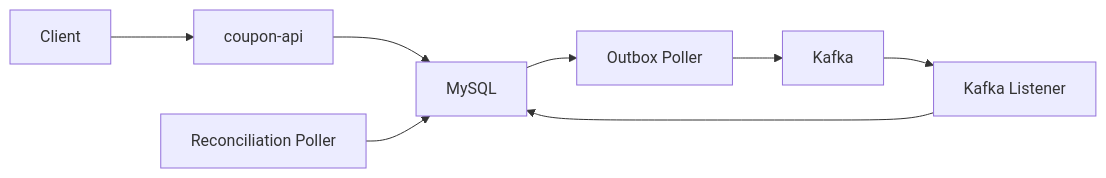
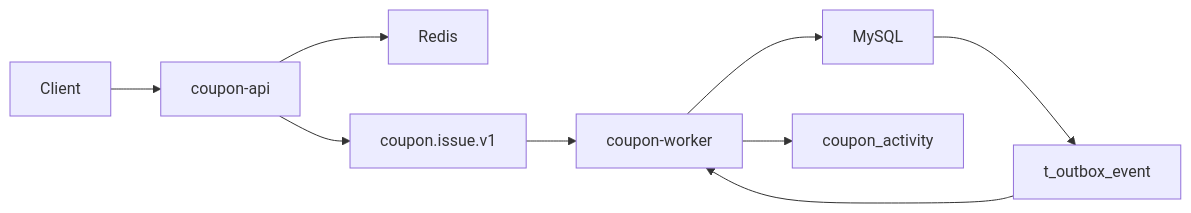
One commit to char-labs/coupon-system-design-kt changed the first of 4 diagrams in coupon/coupon-worker/docs/coupon-kafka-runtime-guide.md. Above: the diagram before and after it, drawn with Mermaid. The commit also changed other lines of this file and 12 other files, not shown here.

Commit message:
[Docs] Refresh Kafka and load-test guides for the current issue flow

````diff
--- a/coupon/coupon-worker/docs/coupon-kafka-runtime-guide.md
+++ b/coupon/coupon-worker/docs/coupon-kafka-runtime-guide.md
@@ -26,18 +18,20 @@
 ```mermaid
 flowchart LR
     Client["Client"]
     Api["coupon-api"]
-    Db["MySQL"]
-    Outbox["Outbox Poller"]
-    Kafka["Kafka"]
-    Consumer["Kafka Listener"]
-    Reconciliation["Reconciliation Poller"]
+    Redis["Redis"]
+    Kafka["coupon.issue.v1"]
+    Worker["coupon-worker"]
+    Mysql["MySQL"]
+    Outbox["t_outbox_event"]
+    Activity["coupon_activity"]
 
     Client --> Api
-    Api --> Db
-    Db --> Outbox
-    Outbox --> Kafka
-    Kafka --> Consumer
-    Consumer --> Db
-    Reconciliation --> Db
+    Api --> Redis
+    Api --> Kafka
+    Kafka --> Worker
+    Worker --> Mysql
+    Mysql --> Outbox
+    Outbox --> Worker
+    Worker --> Activity
 ```
````
